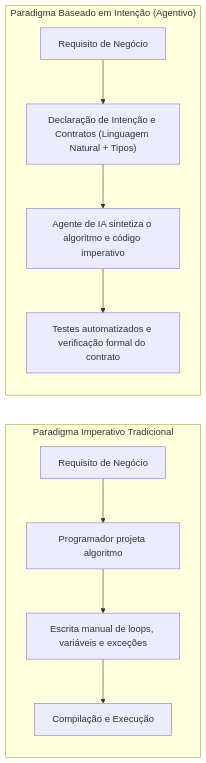
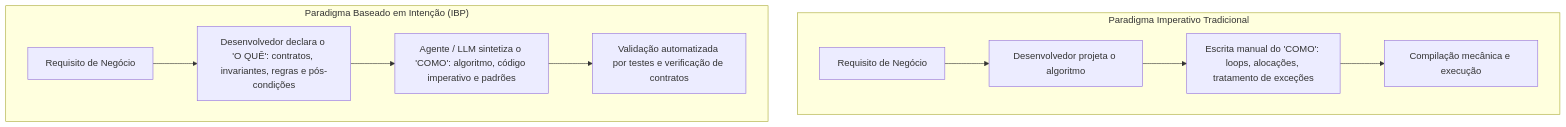
One commit to thiagosantos346/TCE-GO-2027 changed the third of 6 diagrams in fontes_de_estudo/conhecimentos_especificos_b02_ti/06_engenharia_software_ia_e_sistemas_agentivos/01_fundamentos_llms_intent_based_e_engenharia_de_prompts.md. Above: the diagram before and after it, drawn with Mermaid. The commit also changed other lines of this file and 119 other files, not shown here.

````diff
--- a/fontes_de_estudo/conhecimentos_especificos_b02_ti/06_engenharia_software_ia_e_sistemas_agentivos/01_fundamentos_llms_intent_based_e_engenharia_de_prompts.md
+++ b/fontes_de_estudo/conhecimentos_especificos_b02_ti/06_engenharia_software_ia_e_sistemas_agentivos/01_fundamentos_llms_intent_based_e_engenharia_de_prompts.md
@@ -126,14 +127,13 @@
 ```mermaid
-flowchart LR
-    subgraph "Paradigma Imperativo Tradicional"
-        A1["Requisito de Negócio"] --> B1["Programador projeta algoritmo"]
-        B1 --> C1["Escrita manual de loops, variáveis e exceções"]
-        C1 --> D1["Compilação e Execução"]
+flowchart TD
+    subgraph Tradicional["Paradigma Imperativo Tradicional"]
+        R1["Requisito de Negócio"] --> P1["Desenvolvedor projeta o algoritmo"]
+        P1 --> COD1["Escrita manual do 'COMO': loops, alocações, tratamento de exceções"]
+        COD1 --> EXE1["Compilação mecânica e execução"]
     end
-
-    subgraph "Paradigma Baseado em Intenção (Agentivo)"
-        A2["Requisito de Negócio"] --> B2["Declaração de Intenção e Contratos (Linguagem Natural + Tipos)"]
-        B2 --> C2["Agente de IA sintetiza o algoritmo e código imperativo"]
-        C2 --> D2["Testes automatizados e verificação formal do contrato"]
+    subgraph IBP["Paradigma Baseado em Intenção (IBP)"]
+        R2["Requisito de Negócio"] --> P2["Desenvolvedor declara o 'O QUÊ': contratos, invariantes, regras e pós-condições"]
+        P2 --> IA["Agente / LLM sintetiza o 'COMO': algoritmo, código imperativo e padrões"]
+        IA --> VER["Validação automatizada por testes e verificação de contratos"]
     end
 ```
````
